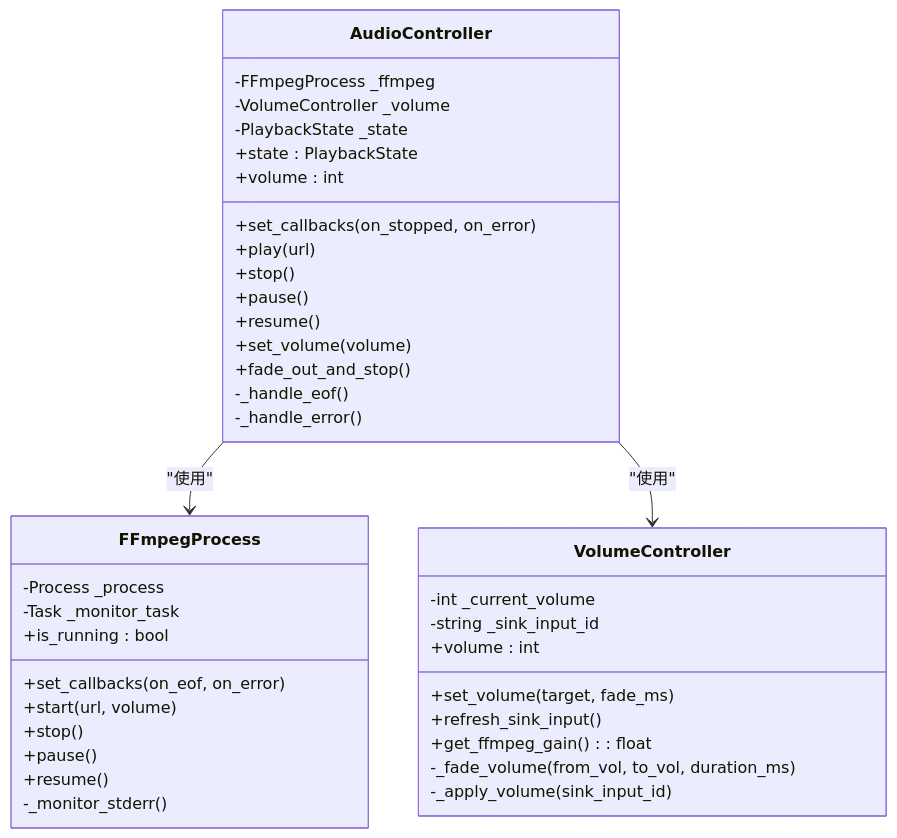
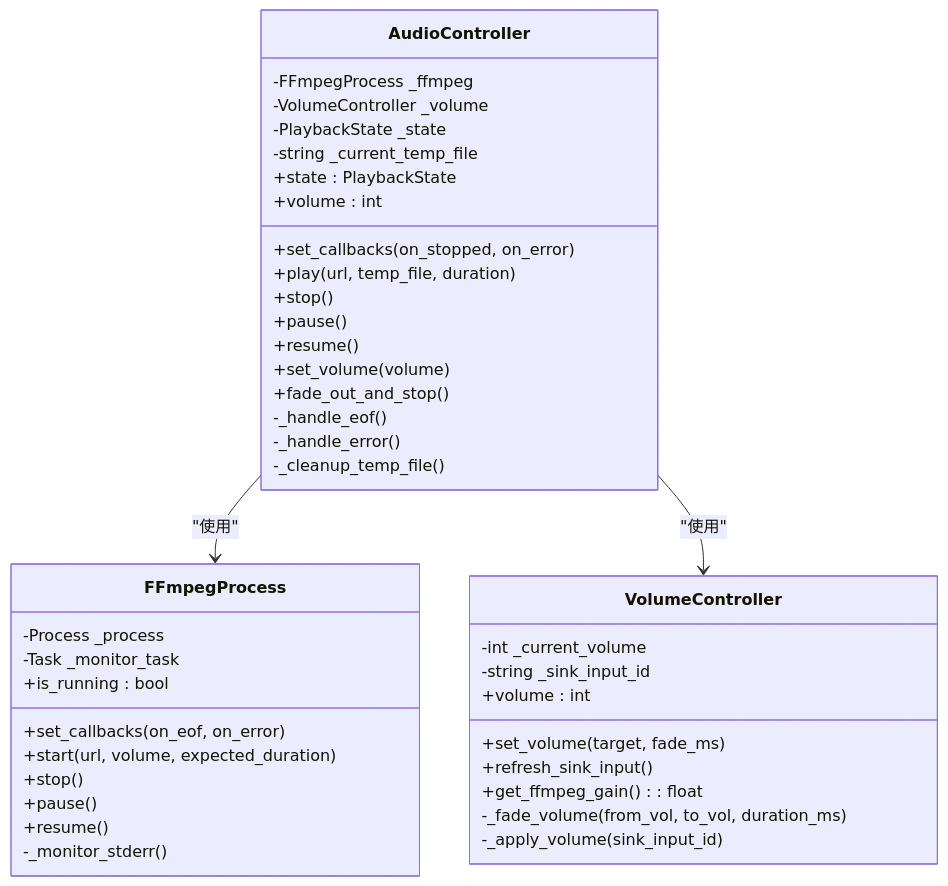
Before and after one commit to GhoulOwl/Teamspeak3_Bot: the third of 10 diagrams in .qoder/repowiki/zh/content/音乐播放系统/音乐播放系统.md, drawn with Mermaid. The commit also changed other lines of this file and 5 other files, not shown here.

````diff
--- a/.qoder/repowiki/zh/content/音乐播放系统/音乐播放系统.md
+++ b/.qoder/repowiki/zh/content/音乐播放系统/音乐播放系统.md
@@ -166,42 +177,44 @@
 ```mermaid
 classDiagram
 class AudioController {
 -FFmpegProcess _ffmpeg
 -VolumeController _volume
 -PlaybackState _state
+-string _current_temp_file
 +state : PlaybackState
 +volume : int
 +set_callbacks(on_stopped, on_error)
-+play(url)
++play(url, temp_file, duration)
 +stop()
 +pause()
 +resume()
 +set_volume(volume)
 +fade_out_and_stop()
 -_handle_eof()
 -_handle_error()
+-_cleanup_temp_file()
 }
 class FFmpegProcess {
 -Process _process
 -Task _monitor_task
 +is_running : bool
 +set_callbacks(on_eof, on_error)
-+start(url, volume)
++start(url, volume, expected_duration)
 +stop()
 +pause()
 +resume()
 -_monitor_stderr()
 }
 class VolumeController {
 -int _current_volume
 -string _sink_input_id
 +volume : int
 +set_volume(target, fade_ms)
 +refresh_sink_input()
 +get_ffmpeg_gain() : float
 -_fade_volume(from_vol, to_vol, duration_ms)
 -_apply_volume(sink_input_id)
 }
 AudioController --> FFmpegProcess : "使用"
 AudioController --> VolumeController : "使用"
 ```
````
